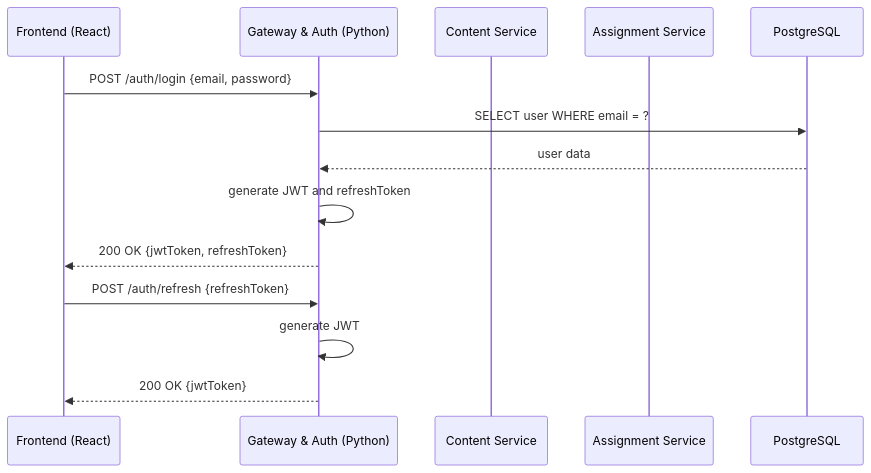
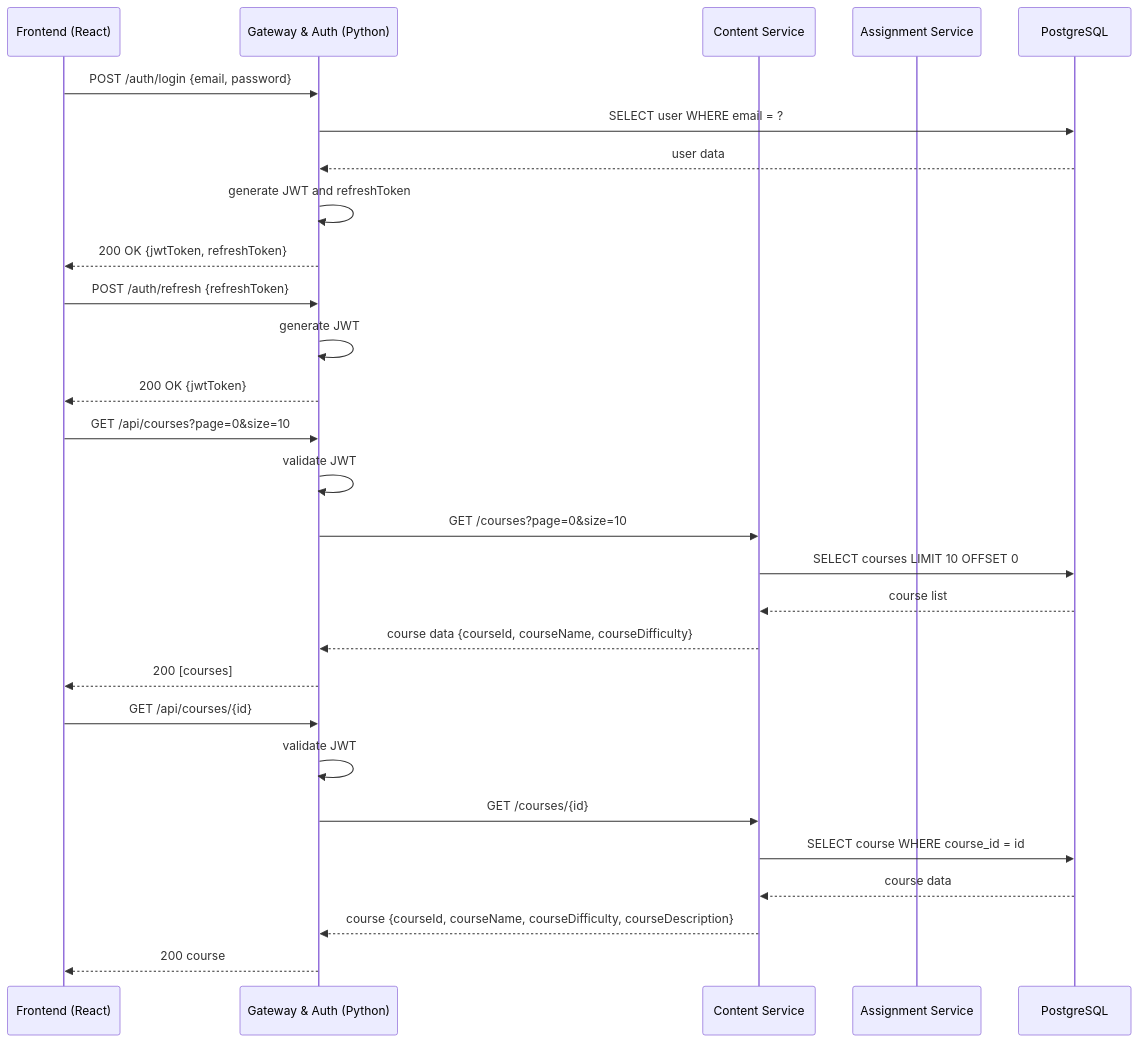
The diagram in docs/sequence.md (BruhWhyMeHaveNoIdea/Hack_Change), drawn with Mermaid before and after one commit.

Commit message:
docs: courses main requests

````diff
--- a/docs/sequence.md
+++ b/docs/sequence.md
@@ -10,18 +10,35 @@
 ```mermaid
 sequenceDiagram
     participant Frontend as Frontend (React)
     participant Gateway as Gateway & Auth (Python)
     participant ContentSvc as Content Service
     participant AssignmentSvc as Assignment Service
     participant DB as PostgreSQL
 
     Frontend->>Gateway: POST /auth/login {email, password}
     Gateway->>DB: SELECT user WHERE email = ?
     DB-->>Gateway: user data
     Gateway->>Gateway: generate JWT and refreshToken
     Gateway-->>Frontend: 200 OK {jwtToken, refreshToken}
 
     Frontend->>Gateway: POST /auth/refresh {refreshToken}
     Gateway->>Gateway: generate JWT
     Gateway-->>Frontend: 200 OK {jwtToken}
+
+    Frontend->>Gateway: GET /api/courses?page=0&size=10
+    Gateway->>Gateway: validate JWT
+    Gateway->>ContentSvc: GET /courses?page=0&size=10
+    ContentSvc->>DB: SELECT courses LIMIT 10 OFFSET 0
+    DB-->>ContentSvc: course list
+    ContentSvc-->>Gateway: course data {courseId, courseName, courseDifficulty}
+    Gateway-->>Frontend: 200 [courses]
+
+
+    Frontend->>Gateway: GET /api/courses/{id}
+    Gateway->>Gateway: validate JWT
+    Gateway->>ContentSvc: GET /courses/{id}
+    ContentSvc->>DB: SELECT course WHERE course_id = id 
+    DB-->>ContentSvc: course data
+    ContentSvc-->>Gateway: course {courseId, courseName, courseDifficulty, courseDescription}
+    Gateway-->>Frontend: 200 course
 ```
````
